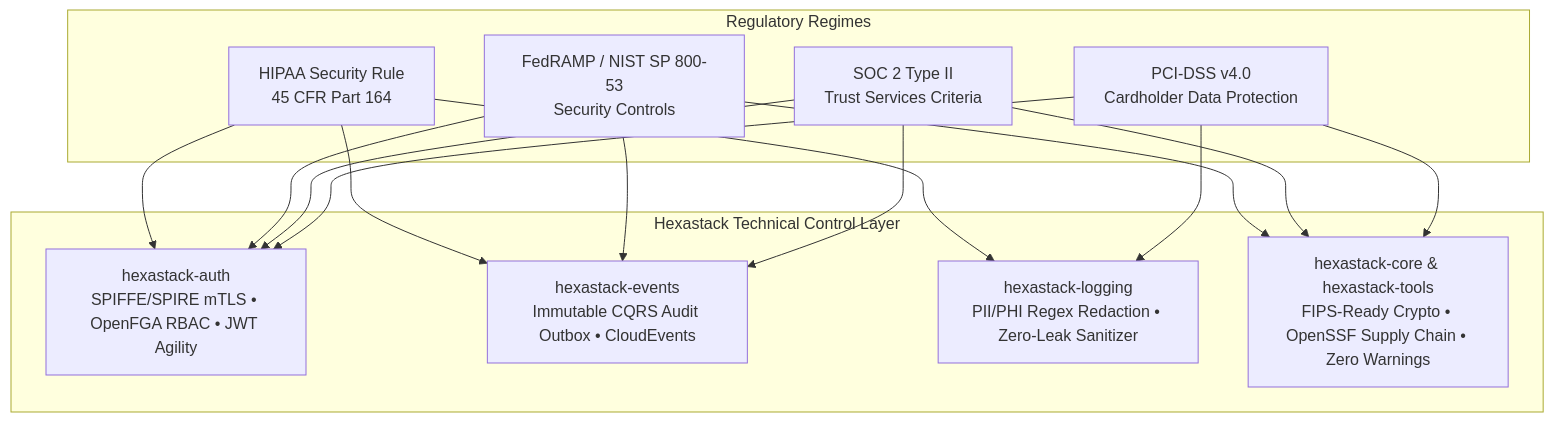
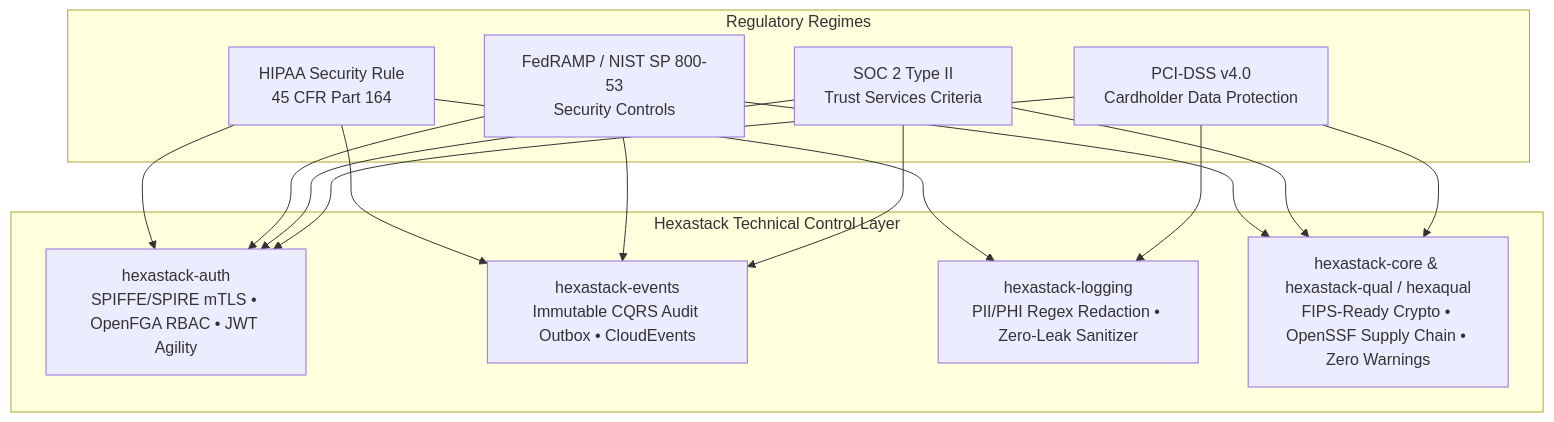
One commit to TheTrueSCU/hexastack changed the diagram in COMPLIANCE.md. Above: the diagram before and after it, drawn with Mermaid. The commit also changed other lines of this file and 34 other files, not shown here.

````diff
--- a/COMPLIANCE.md
+++ b/COMPLIANCE.md
@@ -12,21 +12,21 @@
 ```mermaid
 graph TD
     subgraph Regulatory Regimes
         HIPAA["HIPAA Security Rule\n45 CFR Part 164"]
         FEDRAMP["FedRAMP / NIST SP 800-53\nSecurity Controls"]
         SOC2["SOC 2 Type II\nTrust Services Criteria"]
         PCIDSS["PCI-DSS v4.0\nCardholder Data Protection"]
     end
 
     subgraph Hexastack Technical Control Layer
         AUTH["hexastack-auth\nSPIFFE/SPIRE mTLS • OpenFGA RBAC • JWT Agility"]
         EVENTS["hexastack-events\nImmutable CQRS Audit Outbox • CloudEvents"]
         LOGS["hexastack-logging\nPII/PHI Regex Redaction • Zero-Leak Sanitizer"]
-        CORE["hexastack-core & hexastack-tools\nFIPS-Ready Crypto • OpenSSF Supply Chain • Zero Warnings"]
+        CORE["hexastack-core & hexastack-qual / hexaqual\nFIPS-Ready Crypto • OpenSSF Supply Chain • Zero Warnings"]
     end
 
     HIPAA --> AUTH & EVENTS & LOGS
     FEDRAMP --> AUTH & EVENTS & CORE
     SOC2 --> EVENTS & CORE & AUTH
     PCIDSS --> LOGS & AUTH & CORE
 ```
````
